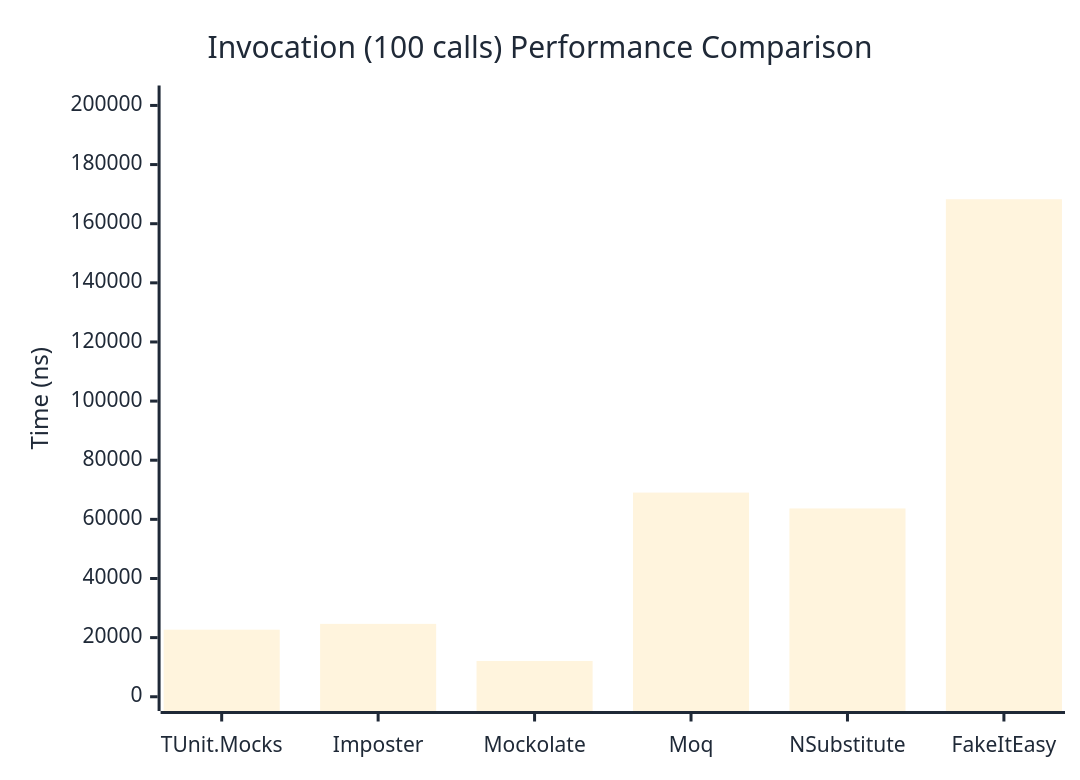
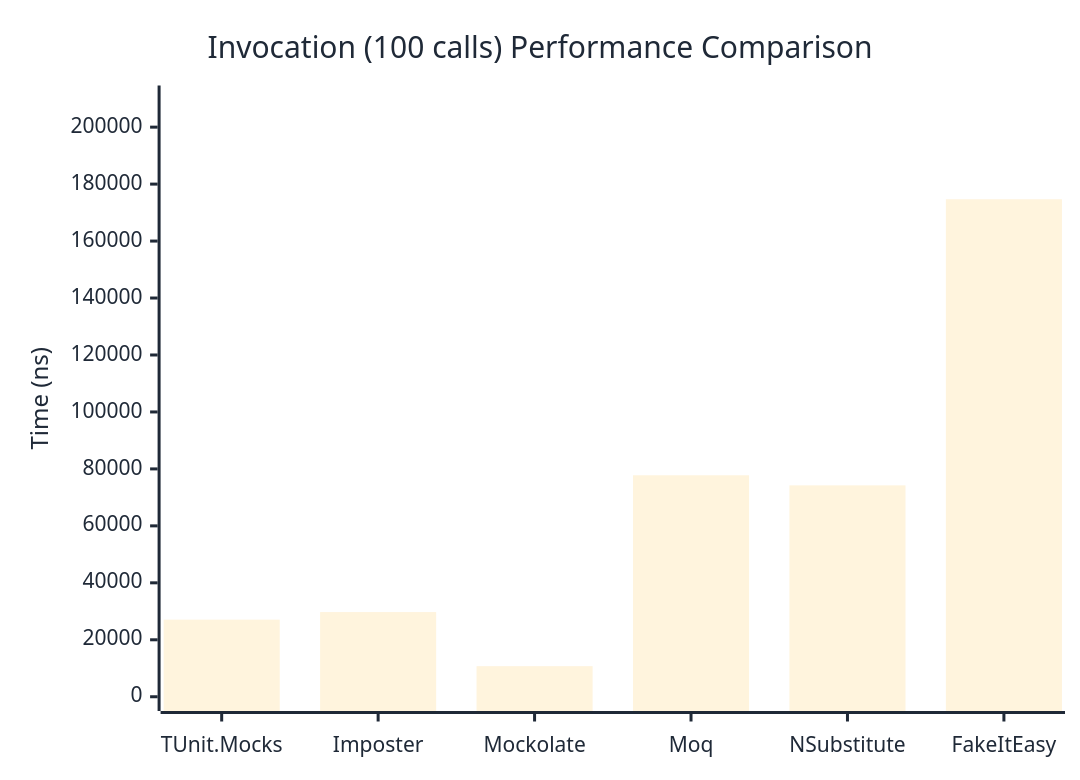
The third of 3 diagrams in docs/docs/benchmarks/mocks/Invocation.md (thomhurst/TUnit), drawn with Mermaid before and after one commit. The commit also changed other lines of this file and 14 other files, not shown here.

````diff
--- a/docs/docs/benchmarks/mocks/Invocation.md
+++ b/docs/docs/benchmarks/mocks/Invocation.md
@@ -112,27 +112,27 @@
 ```mermaid
 %%{init: {
   'theme':'base',
   'themeVariables': {
     'primaryColor': '#2563eb',
     'primaryTextColor': '#1f2937',
     'primaryBorderColor': '#1e40af',
     'lineColor': '#6b7280',
     'secondaryColor': '#7c3aed',
     'tertiaryColor': '#dc2626',
     'background': '#ffffff',
     'pie1': '#2563eb',
     'pie2': '#7c3aed',
     'pie3': '#dc2626',
     'pie4': '#f59e0b',
     'pie5': '#10b981',
     'pie6': '#06b6d4',
     'pie7': '#ec4899',
     'pie8': '#6366f1'
   }
 }}%%
 xychart-beta
   title "Invocation (100 calls) Performance Comparison"
   x-axis ["TUnit.Mocks", "Imposter", "Mockolate", "Moq", "NSubstitute", "FakeItEasy"]
-  y-axis "Time (ns)" 0 --> 201924
-  bar [22682, 24648.6, 12109.3, 69056.1, 63685.5, 168269.6]
+  y-axis "Time (ns)" 0 --> 209619
+  bar [27072.25, 29729.26, 10740.23, 77763.55, 74225.55, 174682.49]
 ```
````
